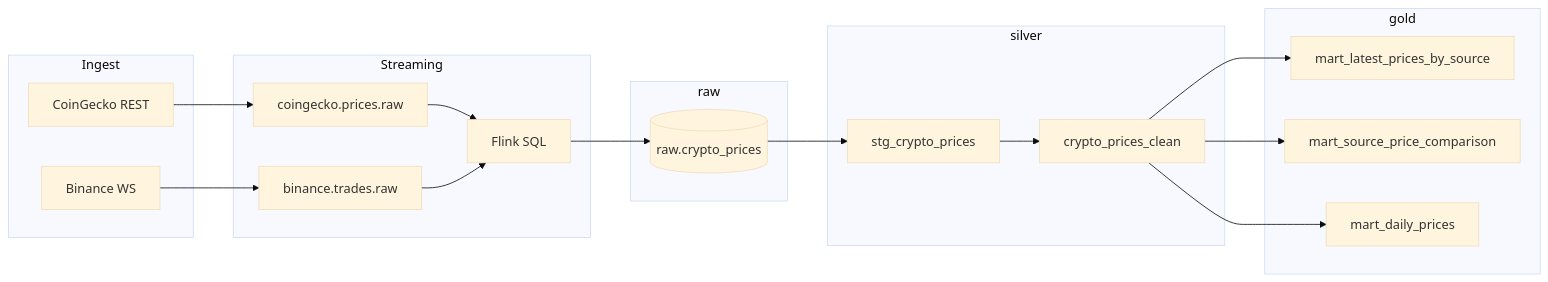
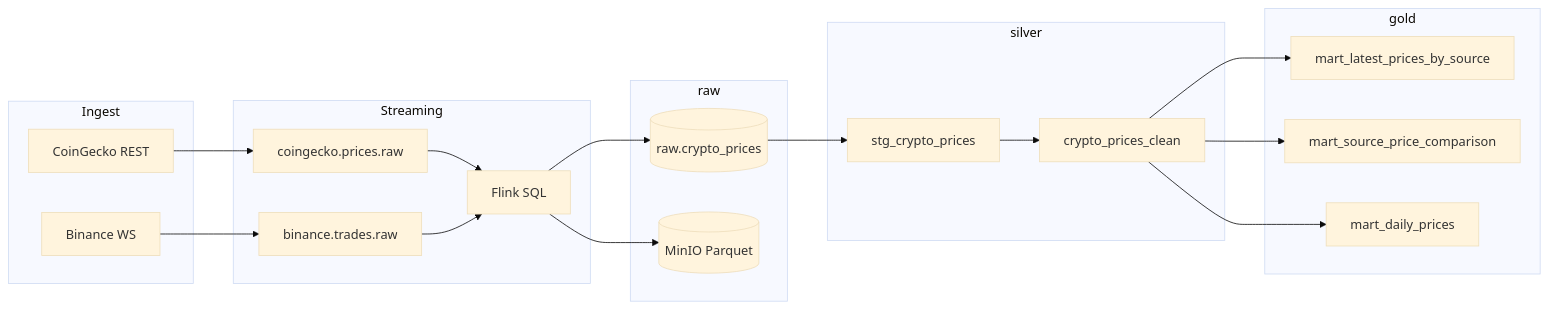
The diagram in README.md (kegare825/crypto-pulse), drawn with Mermaid (base theme) before and after one commit. The commit also changed other lines of this file and 26 other files, not shown here.

````diff
--- a/README.md
+++ b/README.md
@@ -22,29 +34,32 @@
 ```mermaid
 flowchart LR
   subgraph ingest [Ingest]
     CG[CoinGecko REST]
     BN[Binance WS]
   end
   subgraph stream [Streaming]
     K1[coingecko.prices.raw]
     K2[binance.trades.raw]
     FL[Flink SQL]
   end
   subgraph raw [raw]
     R[(raw.crypto_prices)]
+    M[(MinIO Parquet)]
   end
   subgraph silver [silver]
     STG[stg_crypto_prices]
     CLN[crypto_prices_clean]
   end
   subgraph gold [gold]
     L[mart_latest_prices_by_source]
     C[mart_source_price_comparison]
     D[mart_daily_prices]
   end
   CG --> K1 --> FL
   BN --> K2 --> FL
-  FL --> R --> STG --> CLN --> L
+  FL --> R
+  FL --> M
+  R --> STG --> CLN --> L
   CLN --> C
   CLN --> D
 ```
````
